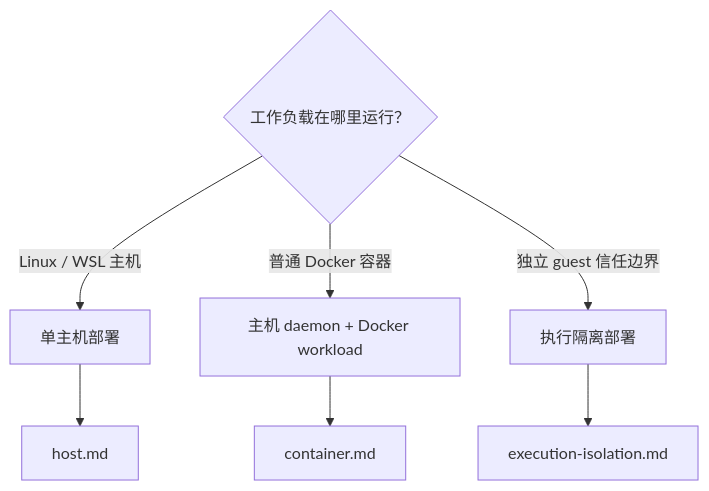
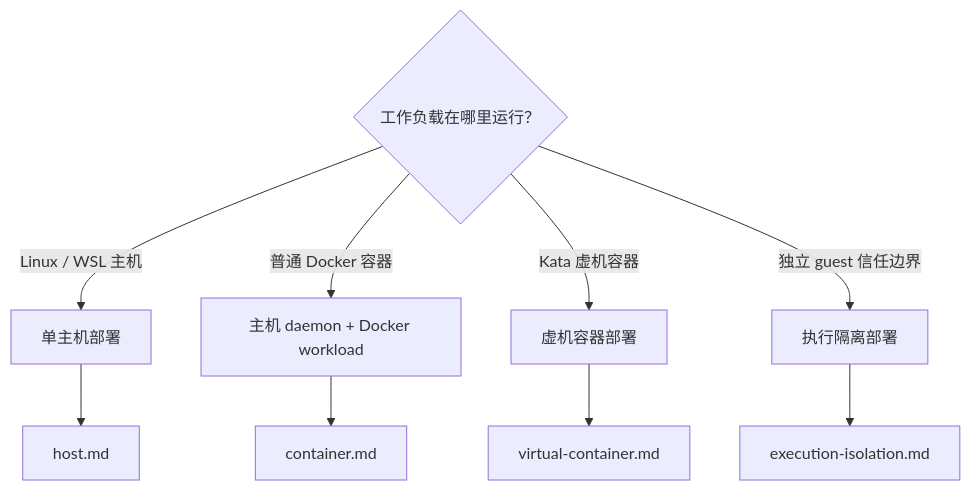
Before and after one commit to openeuler-mirror/AcTrail: the diagram in docs/operations/deployment/choose-a-mode.md, drawn with Mermaid. The commit also changed other lines of this file and 99 other files, not shown here.

````diff
--- a/docs/operations/deployment/choose-a-mode.md
+++ b/docs/operations/deployment/choose-a-mode.md
@@ -5,10 +5,12 @@
 ```mermaid
 flowchart TD
     Start{"工作负载在哪里运行？"}
     Start -->|"Linux / WSL 主机"| Host["单主机部署"]
     Start -->|"普通 Docker 容器"| Container["主机 daemon + Docker workload"]
+    Start -->|"Kata 虚机容器"| Virtual["虚机容器部署"]
     Start -->|"独立 guest 信任边界"| Isolation["执行隔离部署"]
     Host --> HostGuide["host.md"]
     Container --> ContainerGuide["container.md"]
+    Virtual --> VirtualGuide["virtual-container.md"]
     Isolation --> IsolationGuide["execution-isolation.md"]
 ```
````
